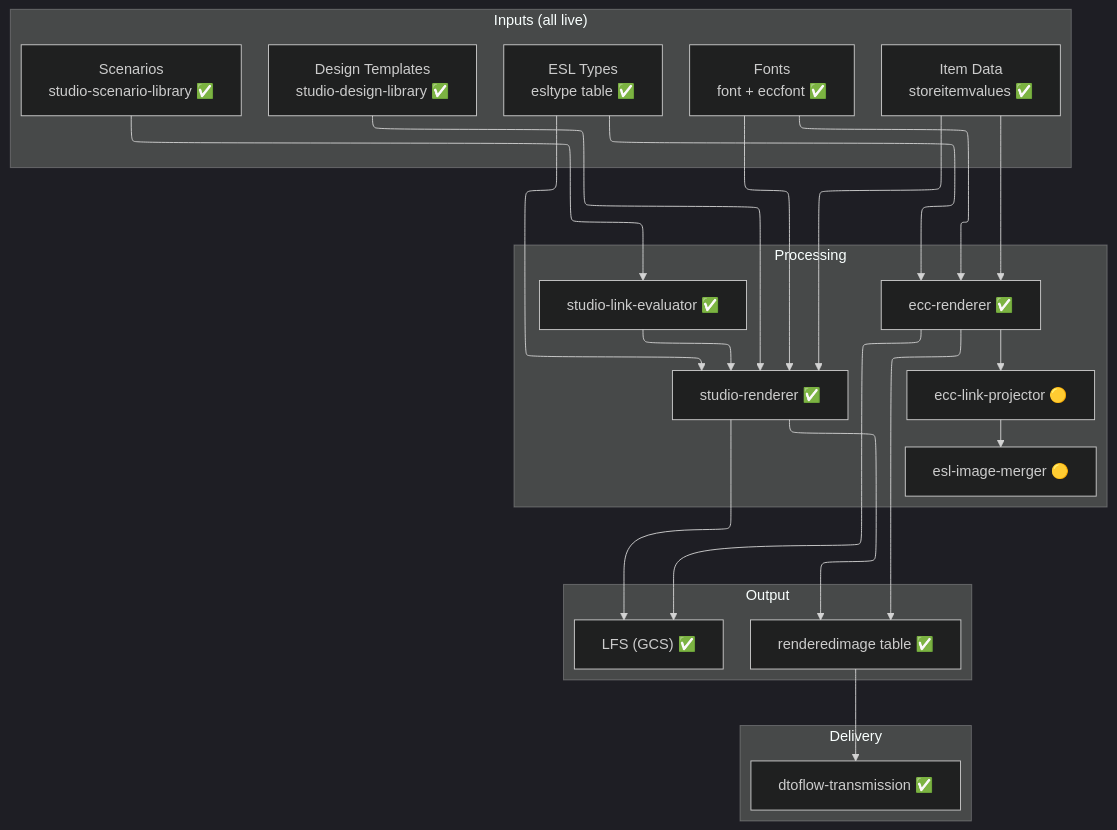
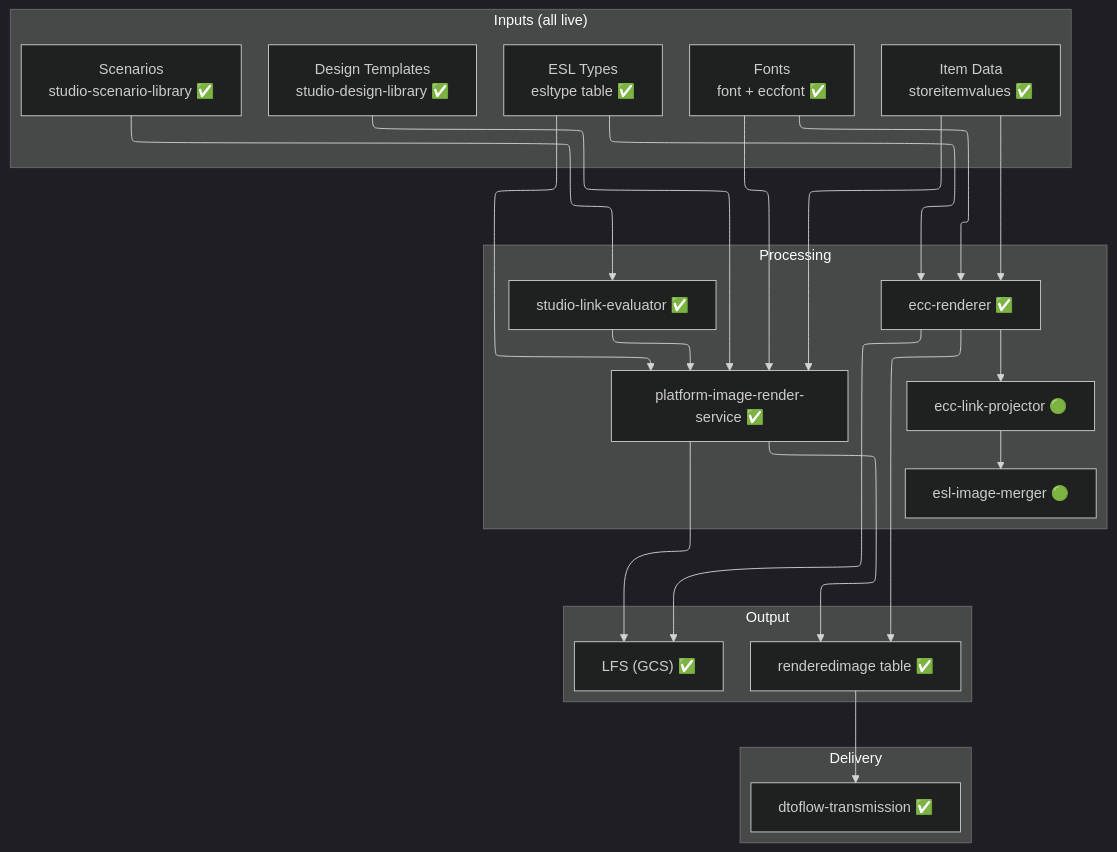
One commit to cristiandeaconeasa-dev/Replatforming-docs changed the third of 3 diagrams in 12-rendering-pipeline-deep-dive.md. Above: the diagram before and after it, drawn with Mermaid (dark theme). The commit also changed other lines of this file and 11 other files, not shown here.

````diff
--- a/12-rendering-pipeline-deep-dive.md
+++ b/12-rendering-pipeline-deep-dive.md
@@ -604,48 +615,48 @@
 ```mermaid
 ---
 config:
     layout: elk
 ---
 flowchart TB
     subgraph inputs["Inputs (all live)"]
         A["Design Templates<br/>studio-design-library ✅"]
         B["Item Data<br/>storeitemvalues ✅"]
         C["ESL Types<br/>esltype table ✅"]
         D["Fonts<br/>font + eccfont ✅"]
         E["Scenarios<br/>studio-scenario-library ✅"]
     end
 
     subgraph processing["Processing"]
         F["studio-link-evaluator ✅"]
-        G["studio-renderer ✅"]
+        G["platform-image-render-service ✅"]
         H["ecc-renderer ✅"]
-        I["ecc-link-projector 🟡"]
-        J["esl-image-merger 🟡"]
+        I["ecc-link-projector 🟢"]
+        J["esl-image-merger 🟢"]
     end
 
     subgraph output["Output"]
         K["renderedimage table ✅"]
         L["LFS (GCS) ✅"]
     end
 
     subgraph delivery["Delivery"]
         M["dtoflow-transmission ✅"]
     end
 
     A --> G
     B --> G
     C --> G
     D --> G
     E --> F
     F --> G
     B --> H
     C --> H
     D --> H
     H --> I
     I --> J
     G --> K
     H --> K
     G --> L
     H --> L
     K --> M
 ```
````
